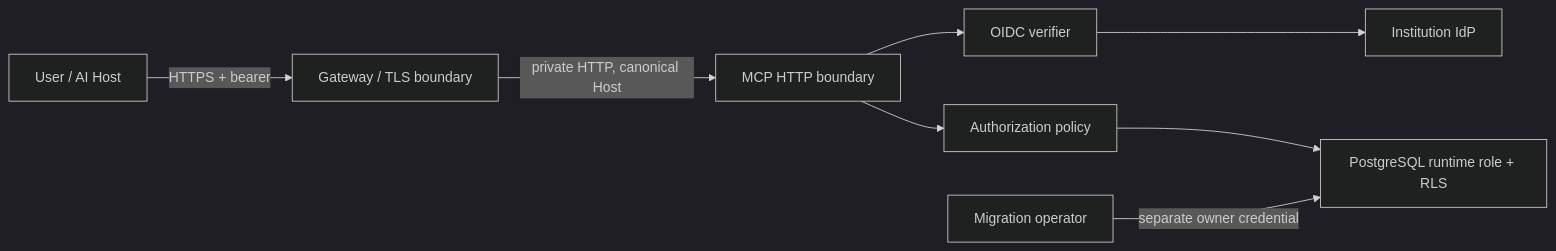
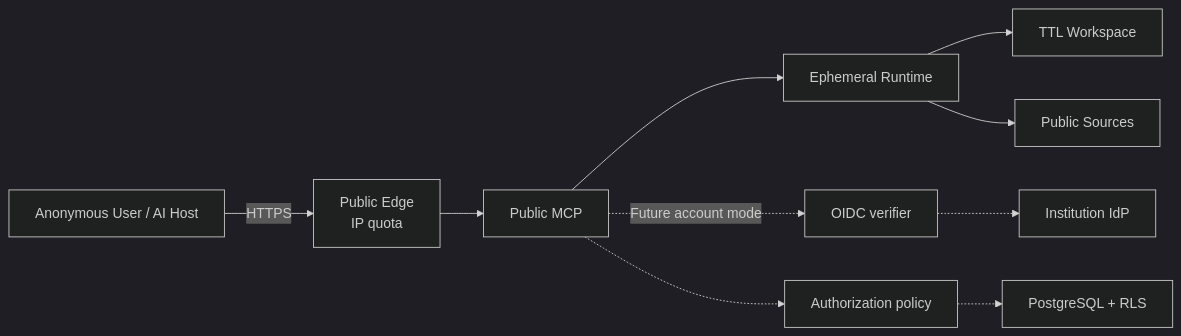
Before and after one commit to Kminer2053/public-sector-research-skill: the diagram in docs/security/THREAT_MODEL.md, drawn with Mermaid (dark theme). The commit also changed other lines of this file and 10 other files, not shown here.

````diff
--- a/docs/security/THREAT_MODEL.md
+++ b/docs/security/THREAT_MODEL.md
@@ -66,10 +106,12 @@
 ```mermaid
 flowchart LR
-    U["User / AI Host"] -->|"HTTPS + bearer"| G["Gateway / TLS boundary"]
-    G -->|"private HTTP, canonical Host"| M["MCP HTTP boundary"]
-    M --> A["OIDC verifier"]
-    A --> I["Institution IdP"]
-    M --> P["Authorization policy"]
-    P --> D["PostgreSQL runtime role + RLS"]
-    O["Migration operator"] -->|"separate owner credential"| D
+    U["Anonymous User / AI Host"] -->|"HTTPS"| G["Public Edge\nIP quota"]
+    G --> M["Public MCP"]
+    M --> R["Ephemeral Runtime"]
+    R --> T["TTL Workspace"]
+    R --> S["Public Sources"]
+    M -.->|"Future account mode"| A["OIDC verifier"]
+    A -.-> I["Institution IdP"]
+    M -.-> P["Authorization policy"]
+    P -.-> D["PostgreSQL + RLS"]
 ```
````
